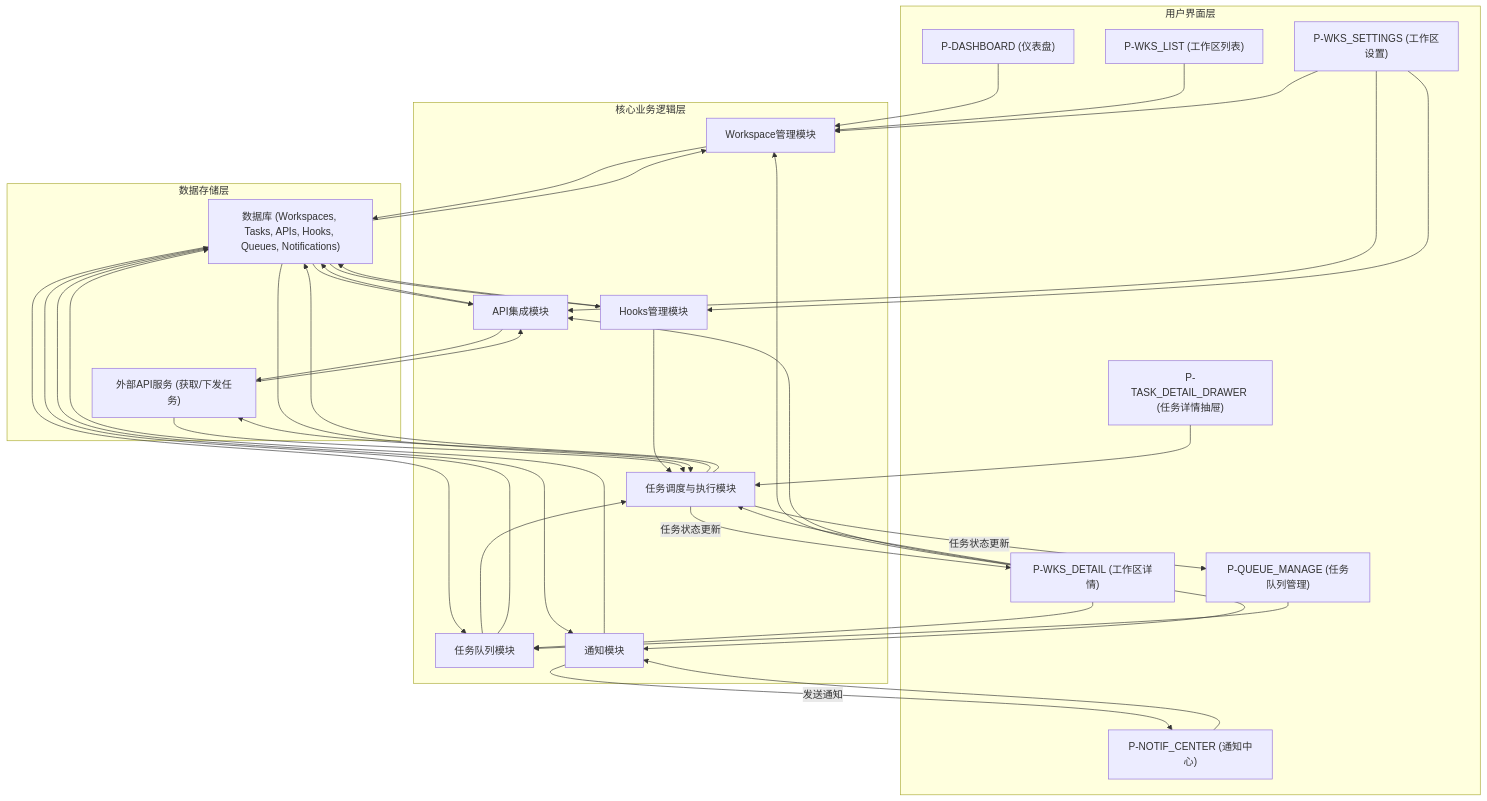
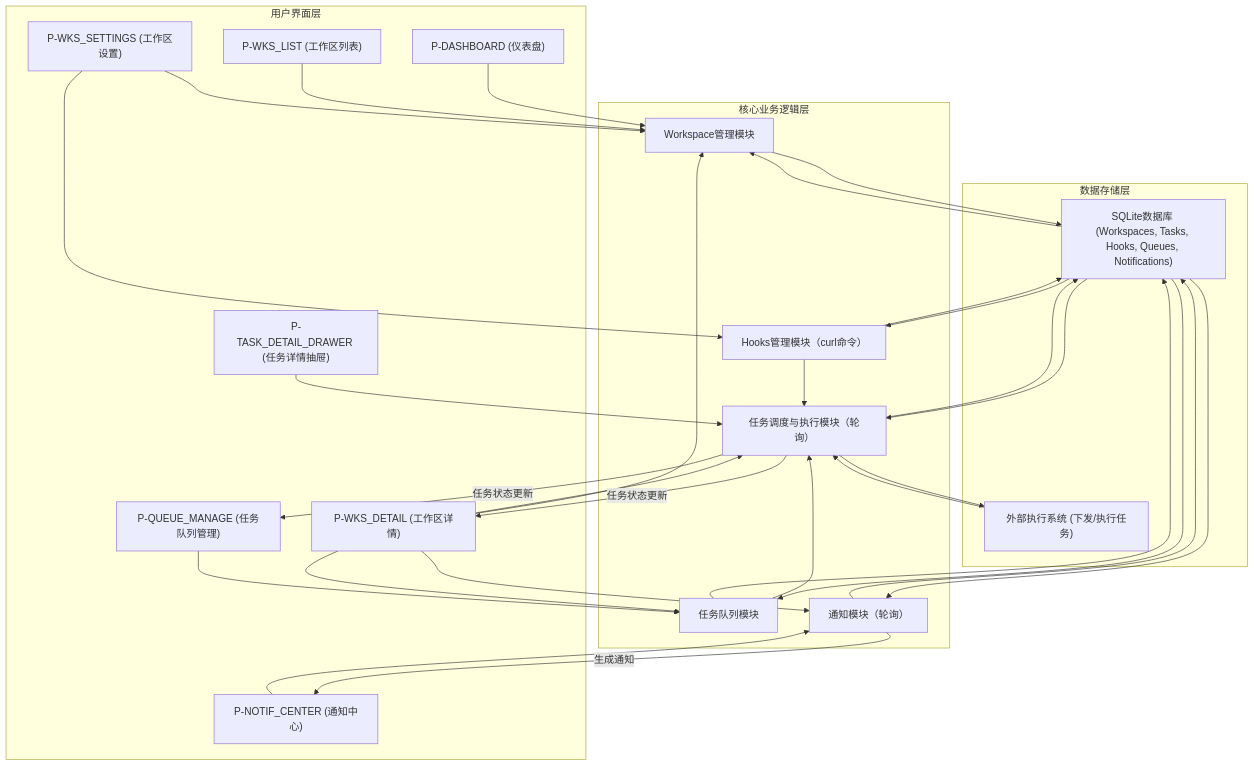
The first of 4 diagrams in prd.md (LogicTortoise/axis), drawn with Mermaid before and after one commit. The commit also changed other lines of this file and 1 other file, not shown here.

````diff
--- a/prd.md
+++ b/prd.md
@@ -121,64 +112,57 @@
 ```mermaid
 graph TD
     subgraph "用户界面层"
         A["P-DASHBOARD (仪表盘)"]
         B["P-WKS_LIST (工作区列表)"]
         C["P-WKS_DETAIL (工作区详情)"]
         D["P-WKS_SETTINGS (工作区设置)"]
         E["P-QUEUE_MANAGE (任务队列管理)"]
         F["P-TASK_DETAIL_DRAWER (任务详情抽屉)"]
         G["P-NOTIF_CENTER (通知中心)"]
     end
 
     subgraph "核心业务逻辑层"
         H["Workspace管理模块"]
-        I["API集成模块"]
-        J["任务调度与执行模块"]
-        K["任务队列模块"]
-        L["Hooks管理模块"]
-        M["通知模块"]
+        I["任务调度与执行模块（轮询）"]
+        J["任务队列模块"]
+        K["Hooks管理模块（curl命令）"]
+        L["通知模块（轮询）"]
     end
 
     subgraph "数据存储层"
-        N["数据库 (Workspaces, Tasks, APIs, Hooks, Queues, Notifications)"]
-        O["外部API服务 (获取/下发任务)"]
+        M["SQLite数据库 (Workspaces, Tasks, Hooks, Queues, Notifications)"]
+        N["外部执行系统 (下发/执行任务)"]
     end
 
     A --> H
     B --> H
     C --> H
     C --> I
     C --> J
-    C --> K
-    C --> M
+    C --> L
     D --> H
-    D --> I
-    D --> L
-    E --> K
-    F --> J
-    G --> M
+    D --> K
+    E --> J
+    F --> I
+    G --> L
 
-    H --> N
-    I --> O
+    H --> M
     I --> N
-    J --> O
-    J --> N
-    K --> J
-    K --> N
-    L --> J
-    L --> N
-    M --> N
+    I --> M
+    J --> I
+    J --> M
+    K --> I
+    K --> M
+    L --> M
 
-    O --> I
-    O --> J
-    N --> H
     N --> I
-    N --> J
-    N --> K
-    N --> L
-    N --> M
+    M --> H
+    M --> I
+    M --> J
+    M --> K
+    M --> L
 
-    J -- "任务状态更新" --> C
-    J -- "任务状态更新" --> E
-    M -- "发送通知" --> G
+    I -- "任务状态更新" --> C
+    I -- "任务状态更新" --> E
+    L -- "生成通知" --> G
 ```
````
